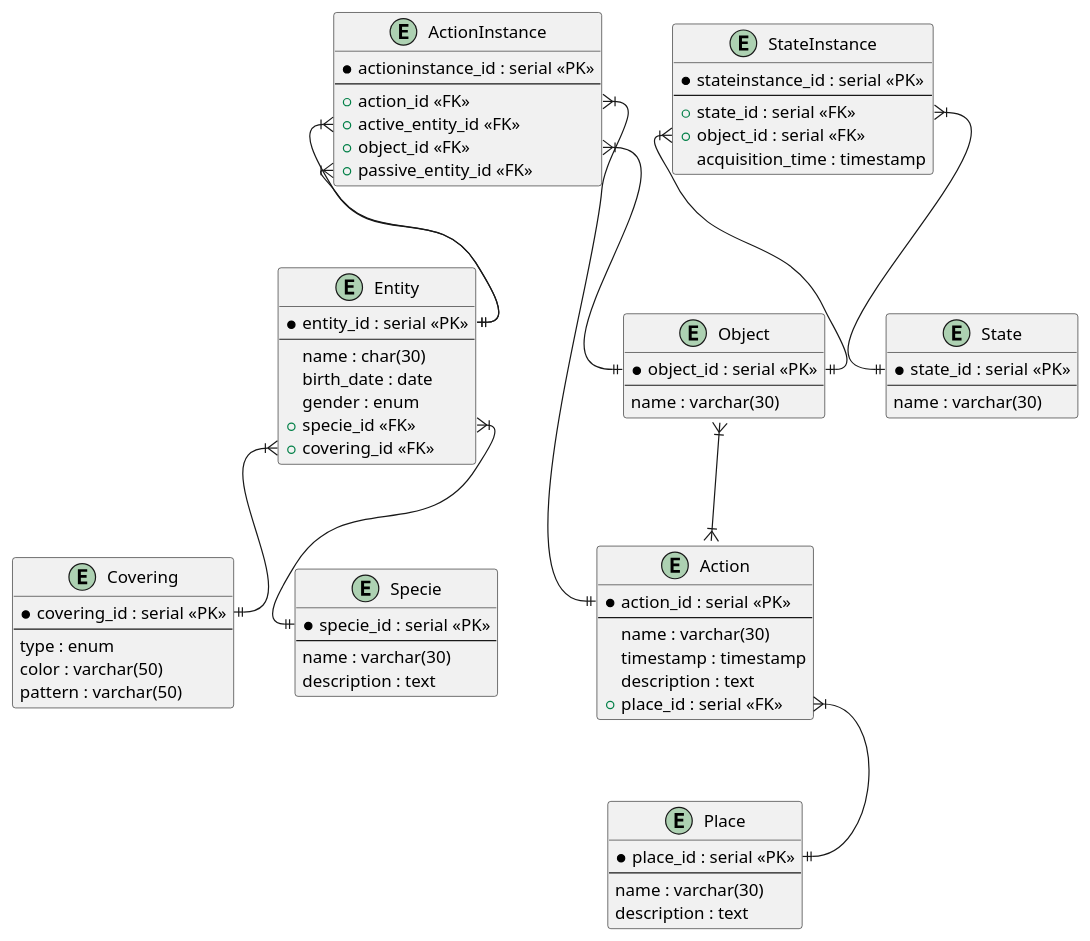
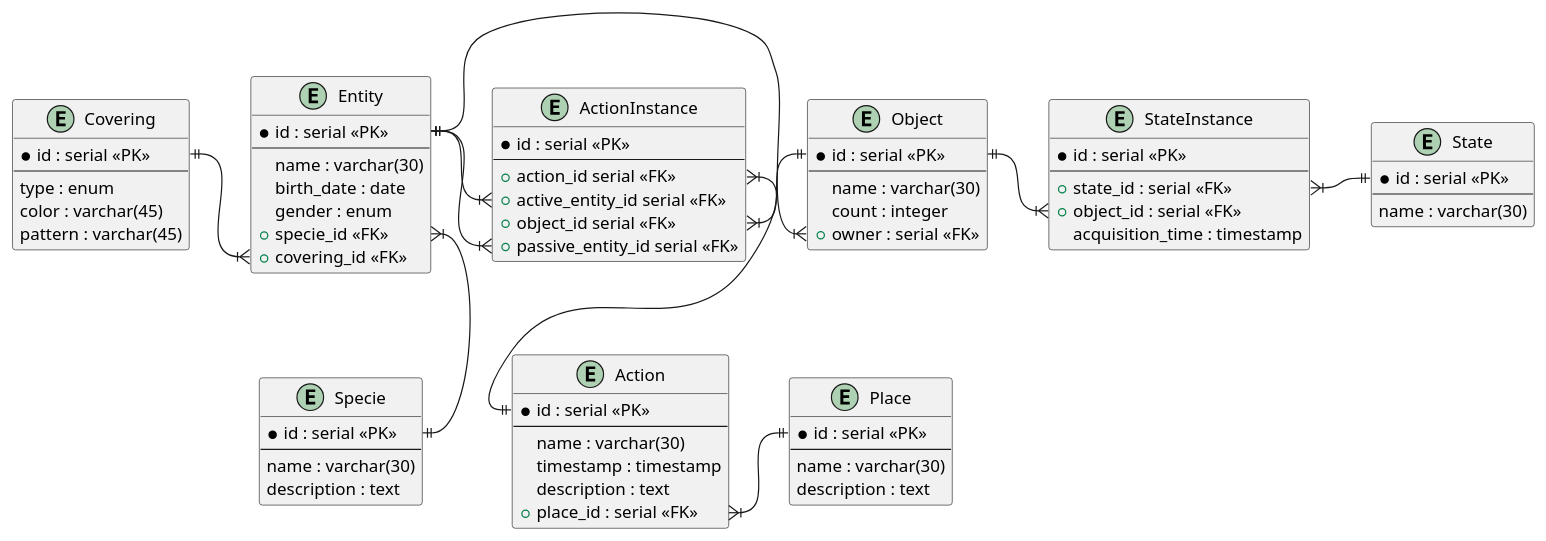
Before and after one commit to MrDvD/itmo_labs: the diagram in databases/1/er-data.puml, drawn with PlantUML. The commit also changed 2 other files, not shown here.

Commit message:
feat: changed diagrams + started writing script

```diff
--- a/databases/1/er-data.puml
+++ b/databases/1/er-data.puml
@@ -1,83 +1,85 @@
 @startuml name
 
 entity Entity {
-   * entity_id : serial «PK»
+   * id : serial «PK»
    ---
-   name : char(30)
+   name : varchar(30)
    birth_date : date
    gender : enum
    + specie_id «FK»
    + covering_id «FK»
 }
 
 entity Covering {
-   * covering_id : serial «PK»
+   * id : serial «PK»
    ---
    type : enum
-   color : varchar(50)
-   pattern : varchar(50)
+   color : varchar(45)
+   pattern : varchar(45)
 }
 
 entity Action {
-   * action_id : serial «PK»
+   * id : serial «PK»
    ---
    name : varchar(30)
    timestamp : timestamp
    description : text
    + place_id : serial «FK»
 }
 
 entity Place {
-   * place_id : serial «PK»
+   * id : serial «PK»
    ---
    name : varchar(30)
    description : text
 }
 
 entity Object {
-   * object_id : serial «PK»
+   * id : serial «PK»
    ---
    name : varchar(30)
+   count : integer
+   + owner : serial «FK»
 }
 
 entity State {
-   * state_id : serial «PK»
+   * id : serial «PK»
    ---
    name : varchar(30)
 }
 
 entity Specie {
-   * specie_id : serial «PK»
+   * id : serial «PK»
    ---
    name : varchar(30)
    description : text
 }
 
 entity ActionInstance {
-   * actioninstance_id : serial «PK»
+   * id : serial «PK»
    ---
-   + action_id «FK»
-   + active_entity_id «FK»
-   + object_id «FK»
-   + passive_entity_id «FK»
+   + action_id serial «FK»
+   + active_entity_id serial «FK»
+   + object_id serial «FK»
+   + passive_entity_id serial «FK»
 }
 
 entity StateInstance {
-   * stateinstance_id : serial «PK»
+   * id : serial «PK»
    ---
    + state_id : serial «FK»
    + object_id : serial «FK»
    acquisition_time : timestamp
 }
 
-Entity::specie_id }|--|| Specie::specie_id
-Entity::covering_id }|--|| Covering::covering_id
-StateInstance::state_id }|--|| State::state_id
-StateInstance::object_id }|--|| Object::object_id
-ActionInstance::action_id }|--|| Action::action_id
-ActionInstance::active_entity_id }|--|| Entity::entity_id
-ActionInstance::passive_entity_id }|--|| Entity::entity_id
-ActionInstance::object_id }|--|| Object::object_id
-Action::place_id }|--|| Place::place_id
-Object }|--|{ Action
+Entity::specie_id }|-d-|| Specie::id
+ActionInstance::active_entity_id }|-l-|| Entity::id
+ActionInstance::passive_entity_id }|-d-|| Entity::id
+Entity::covering_id }|-l-|| Covering::id
+StateInstance::state_id }|-r-|| State::id
+StateInstance::object_id }|-l-|| Object::id
+ActionInstance::action_id }|--|| Action::id
+ActionInstance::object_id }|-r-|| Object::id
+Action::place_id }|-r-|| Place::id
+Object::owner }|-l-|| Entity::id
 @enduml
```
